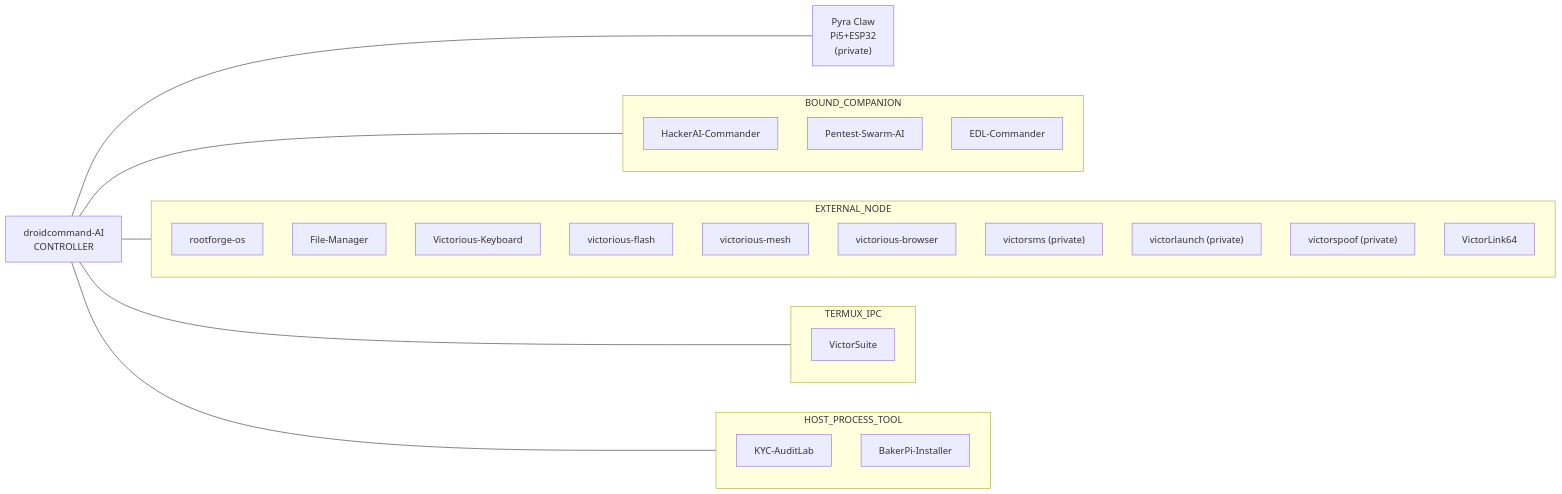
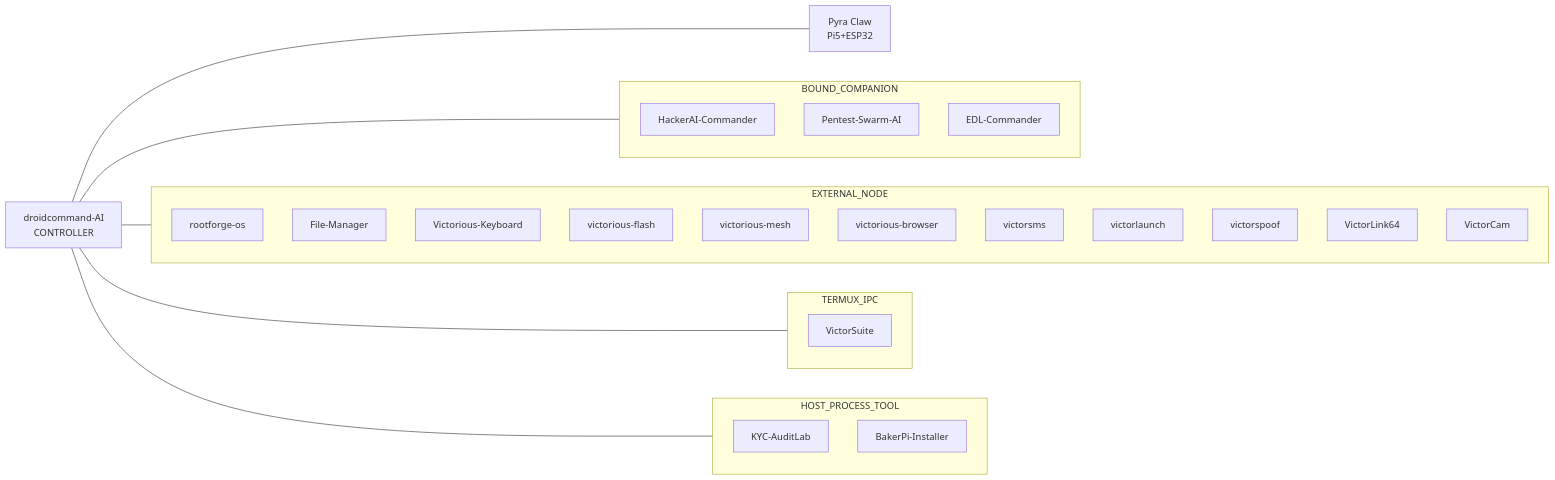
The diagram in README.md (Victorious93/Victorious93), drawn with Mermaid before and after one commit. The commit also changed other lines of this file and 43 other files, not shown here.

````diff
--- a/README.md
+++ b/README.md
@@ -97,33 +125,34 @@
 ```mermaid
 flowchart LR
   Hub["droidcommand-AI<br/>CONTROLLER"]
   Hub --- BC
   Hub --- EN
   Hub --- TX
   Hub --- HP
-  Hub --- PHY["Pyra Claw<br/>Pi5+ESP32<br/>(private)"]
+  Hub --- PHY["Pyra Claw<br/>Pi5+ESP32"]
   subgraph BC["BOUND_COMPANION"]
     HAI["HackerAI-Commander"]
     PSA["Pentest-Swarm-AI"]
     EDL["EDL-Commander"]
   end
   subgraph EN["EXTERNAL_NODE"]
     RF["rootforge-os"]
     FM["File-Manager"]
     VK["Victorious-Keyboard"]
     VF["victorious-flash"]
     VM["victorious-mesh"]
     VB["victorious-browser"]
-    VSMS["victorsms (private)"]
-    VLC["victorlaunch (private)"]
-    VSP["victorspoof (private)"]
+    VSMS["victorsms"]
+    VLC["victorlaunch"]
+    VSP["victorspoof"]
     VL64["VictorLink64"]
+    VC["VictorCam"]
   end
   subgraph TX["TERMUX_IPC"]
     VS["VictorSuite"]
   end
   subgraph HP["HOST_PROCESS_TOOL"]
     KYC["KYC-AuditLab"]
     BPI["BakerPi-Installer"]
   end
 ```
````
